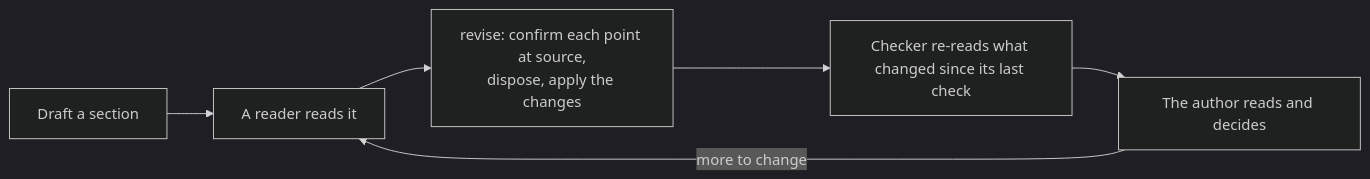
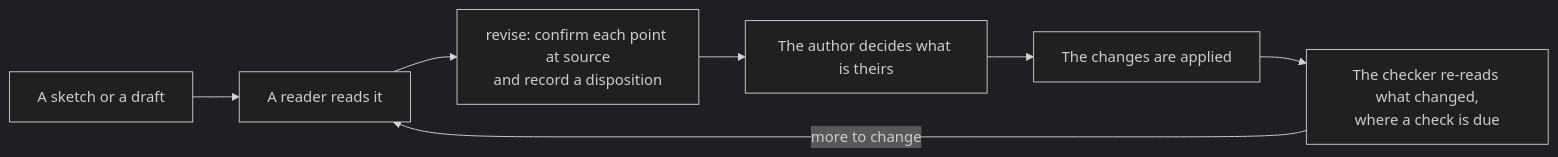
Before and after one commit to darrencroton/ai-agent-science: the diagram in README.md, drawn with Mermaid (dark theme). The commit also changed other lines of this file and 21 other files, not shown here.

````diff
--- a/README.md
+++ b/README.md
@@ -36,8 +49,9 @@
 ```mermaid
 flowchart LR
-    D[Draft a section] --> R[A reader reads it]
-    R --> V[revise: confirm each point at source,<br/>dispose, apply the changes]
-    V --> C[Checker re-reads what changed since its last check]
-    C --> A[The author reads and decides]
-    A -->|more to change| R
+    D[A sketch or a draft] --> R[A reader reads it]
+    R --> V[revise: confirm each point at source<br/>and record a disposition]
+    V --> A[The author decides what is theirs]
+    A --> P[The changes are applied]
+    P --> C[The checker re-reads what changed,<br/>where a check is due]
+    C -->|more to change| R
 ```
````
